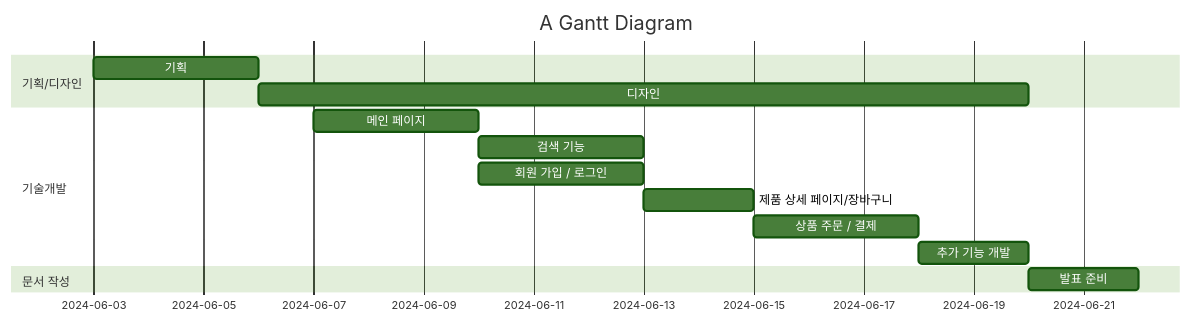
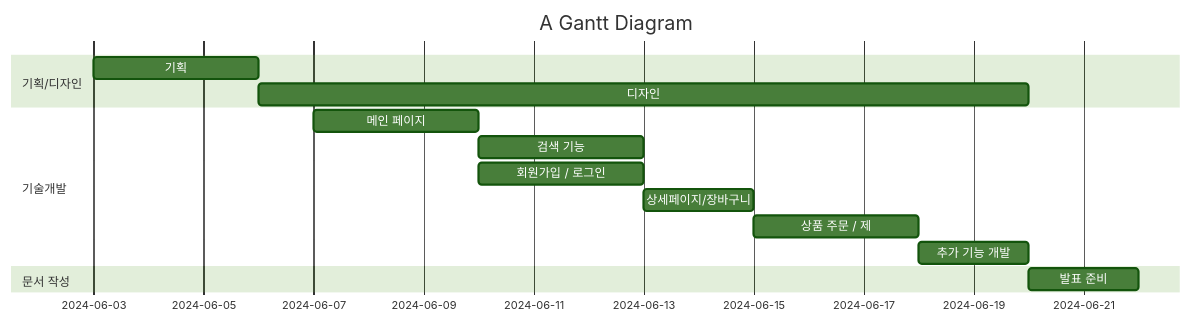
Before and after one commit to laira2/hyean: the diagram in README.md, drawn with Mermaid (forest theme).

````diff
--- a/README.md
+++ b/README.md
@@ -3,17 +3,17 @@
 ```mermaid
   gantt
     title A Gantt Diagram
     dateFormat  YYYY-MM-DD
     section 기획/디자인
     기획           :a1, 2024-06-03, 3d
     디자인     :after a1  , 14d
     section 기술개발
     메인 페이지      :a2, 2024-06-07  , 3d
     검색 기능       :after a2, 3d
-    회원 가입 / 로그인 :a3, after a2, 3d
-    제품 상세 페이지/장바구니 :a4, after a3, 2d
-    상품 주문 / 결제 :a5, after a4, 3d
+    회원가입 / 로그인 :a3, after a2, 3d
+    상세페이지/장바구니 :a4, after a3, 2d
+    상품 주문 / 제 :a5, after a4, 3d
     추가 기능 개발 : after a5, 2d
     section 문서 작성
     발표 준비 : 2024-06-20, 2d
 ```
````
